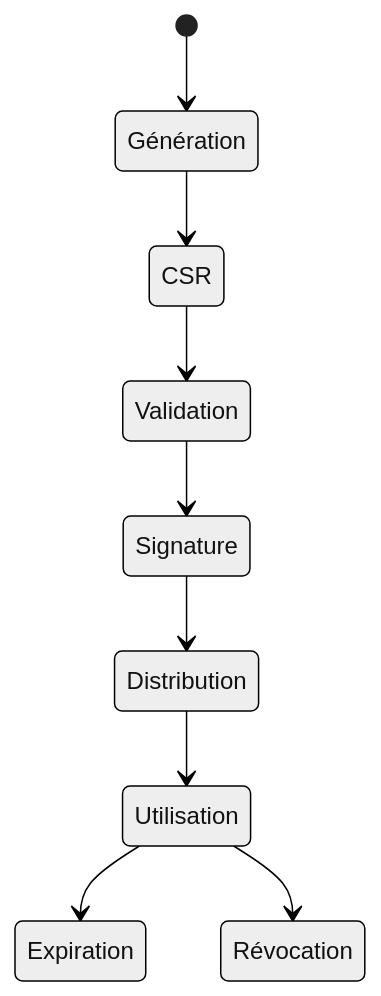
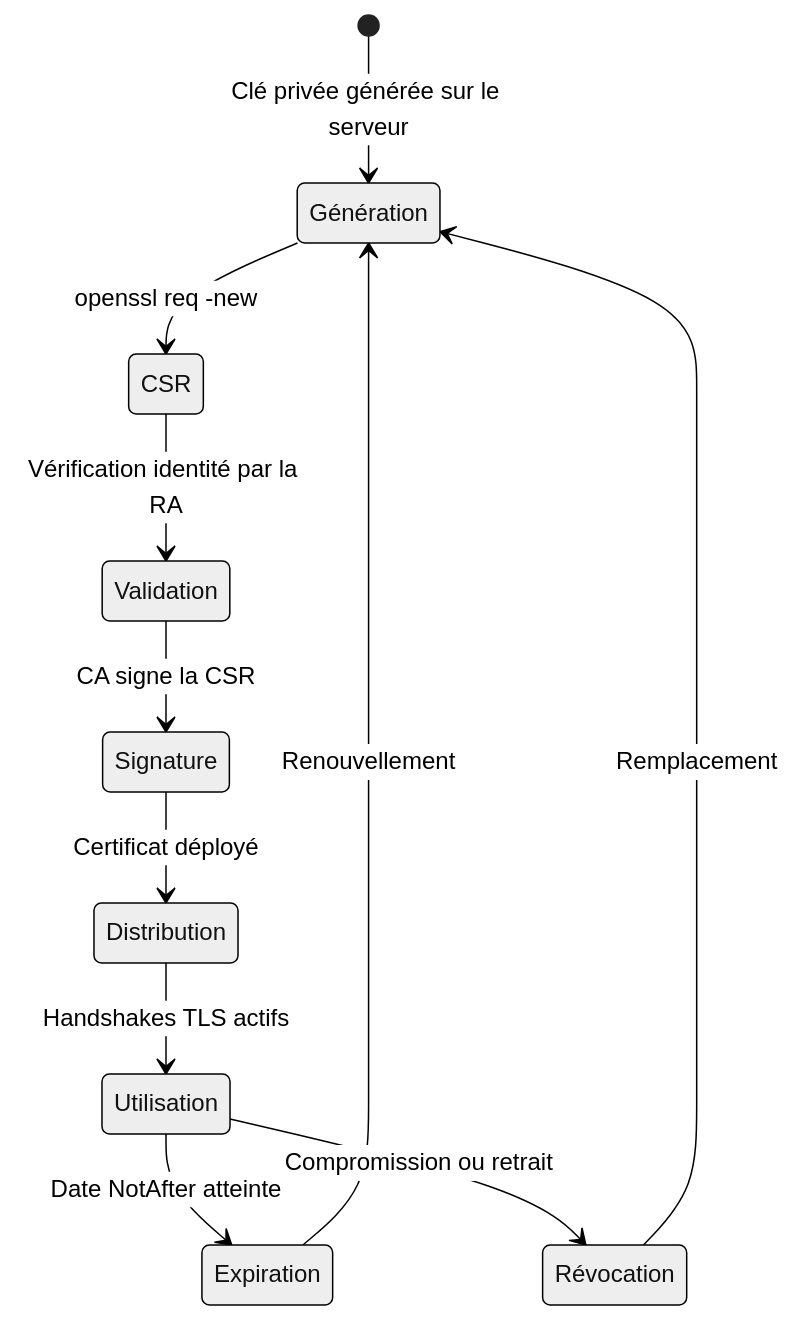
The fourth of 6 diagrams in docs/bases/crypto/pki.md (zyrass/omnydocs), drawn with Mermaid (neutral theme) before and after one commit. The commit also changed other lines of this file and 723 other files, not shown here.

````diff
--- a/docs/bases/crypto/pki.md
+++ b/docs/bases/crypto/pki.md
@@ -134,11 +138,13 @@
 ```mermaid
 stateDiagram-v2
-    [*] --> Génération
-    Génération --> CSR
-    CSR --> Validation
-    Validation --> Signature
-    Signature --> Distribution
-    Distribution --> Utilisation
-    Utilisation --> Expiration
-    Utilisation --> Révocation
+    [*] --> Génération : Clé privée générée sur le serveur
+    Génération --> CSR : openssl req -new
+    CSR --> Validation : Vérification identité par la RA
+    Validation --> Signature : CA signe la CSR
+    Signature --> Distribution : Certificat déployé
+    Distribution --> Utilisation : Handshakes TLS actifs
+    Utilisation --> Expiration : Date NotAfter atteinte
+    Utilisation --> Révocation : Compromission ou retrait
+    Expiration --> Génération : Renouvellement
+    Révocation --> Génération : Remplacement
 ```
````
